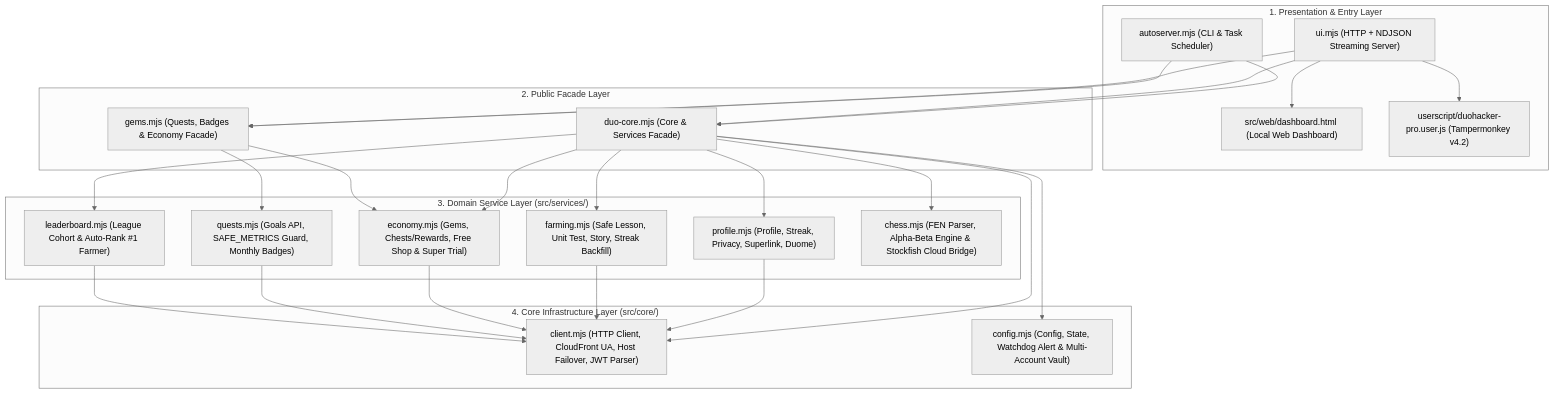
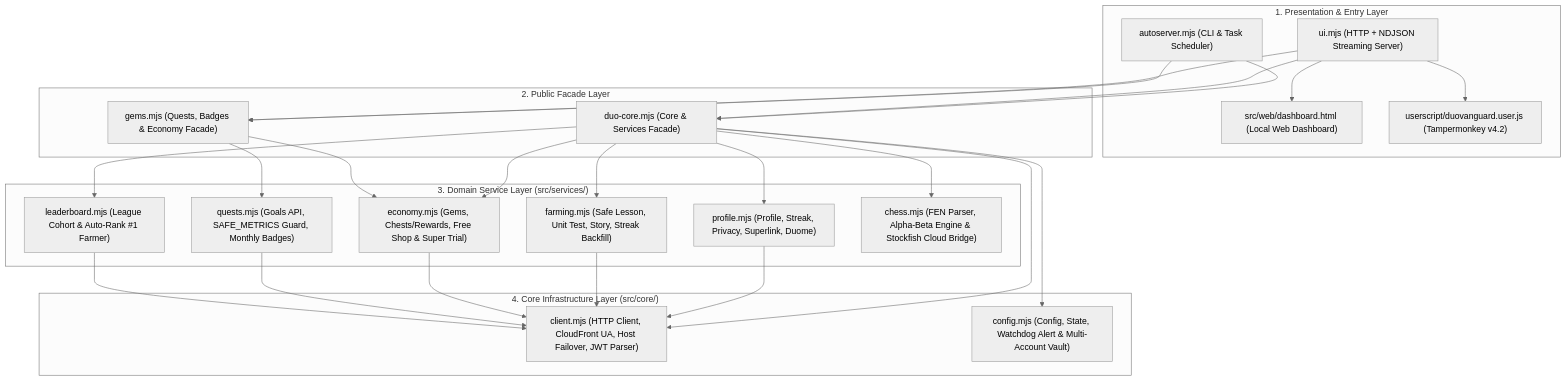
The diagram in README.md (Dzakiudin/DuoVanguard), drawn with Mermaid (neutral theme) before and after one commit. The commit also changed other lines of this file and 6 other files, not shown here.

````diff
--- a/README.md
+++ b/README.md
@@ -11,35 +11,35 @@
 ```mermaid
 flowchart TD
     subgraph Presentation["1. Presentation & Entry Layer"]
         CLI["autoserver.mjs (CLI & Task Scheduler)"]
         HTTP["ui.mjs (HTTP + NDJSON Streaming Server)"]
         SPA["src/web/dashboard.html (Local Web Dashboard)"]
-        US["userscript/duohacker-pro.user.js (Tampermonkey v4.2)"]
+        US["userscript/duovanguard.user.js (Tampermonkey v4.2)"]
     end
 
     subgraph Facade["2. Public Facade Layer"]
         DC["duo-core.mjs (Core & Services Facade)"]
         GM["gems.mjs (Quests, Badges & Economy Facade)"]
     end
 
     subgraph Services["3. Domain Service Layer (src/services/)"]
         P["profile.mjs (Profile, Streak, Privacy, Superlink, Duome)"]
         F["farming.mjs (Safe Lesson, Unit Test, Story, Streak Backfill)"]
         E["economy.mjs (Gems, Chests/Rewards, Free Shop & Super Trial)"]
         Q["quests.mjs (Goals API, SAFE_METRICS Guard, Monthly Badges)"]
         L["leaderboard.mjs (League Cohort & Auto-Rank #1 Farmer)"]
         C["chess.mjs (FEN Parser, Alpha-Beta Engine & Stockfish Cloud Bridge)"]
     end
 
     subgraph Core["4. Core Infrastructure Layer (src/core/)"]
         CL["client.mjs (HTTP Client, CloudFront UA, Host Failover, JWT Parser)"]
         CF["config.mjs (Config, State, Watchdog Alert & Multi-Account Vault)"]
     end
 
     CLI --> DC & GM
     HTTP --> DC & GM
     HTTP --> SPA & US
     DC --> P & F & E & L & C & CL & CF
     GM --> Q & E
     P & F & E & Q & L --> CL
 ```
````
